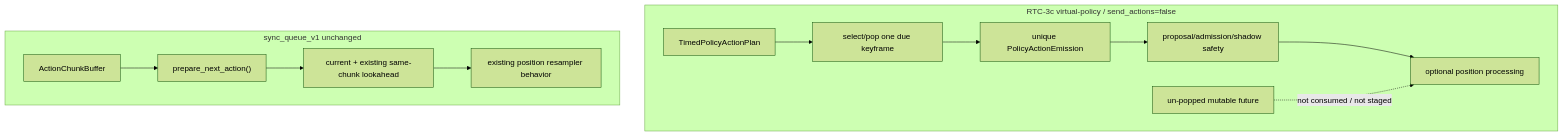
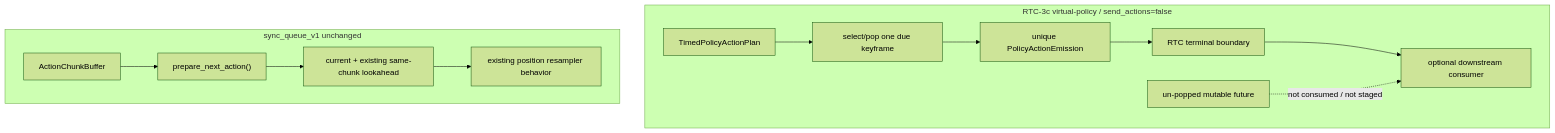
Diagram 21 of 31 in todos/dexteleop_rtc_visual_guide.md (xiaopangxiexyg/AgenticRobot), drawn with Mermaid (forest theme) before and after one commit. The commit also changed other lines of this file and 173 other files, not shown here.

````diff
--- a/todos/dexteleop_rtc_visual_guide.md
+++ b/todos/dexteleop_rtc_visual_guide.md
@@ -656,16 +677,16 @@
 ```mermaid
 flowchart TB
     subgraph RTC3C["RTC-3c virtual-policy / send_actions=false"]
         Plan["TimedPolicyActionPlan"] --> Pop["select/pop one due keyframe"]
         Pop --> Emit["unique PolicyActionEmission"]
-        Emit --> Shadow["proposal/admission/shadow safety"]
-        Shadow --> Optional["optional position processing"]
+        Emit --> Boundary["RTC terminal boundary"]
+        Boundary --> Optional["optional downstream consumer"]
         Future["un-popped mutable future"] -. "not consumed / not staged" .-> Optional
     end
 
     subgraph Sync["sync_queue_v1 unchanged"]
         Queue["ActionChunkBuffer"] --> LegacyPop["prepare_next_action()"]
         LegacyPop --> Current["current + existing same-chunk lookahead"]
         Current --> Existing["existing position resampler behavior"]
     end
 ```
````
